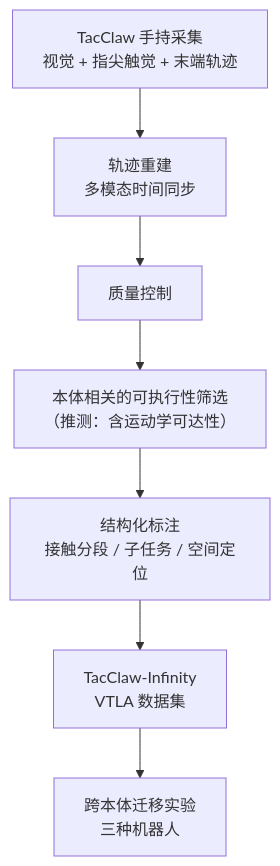
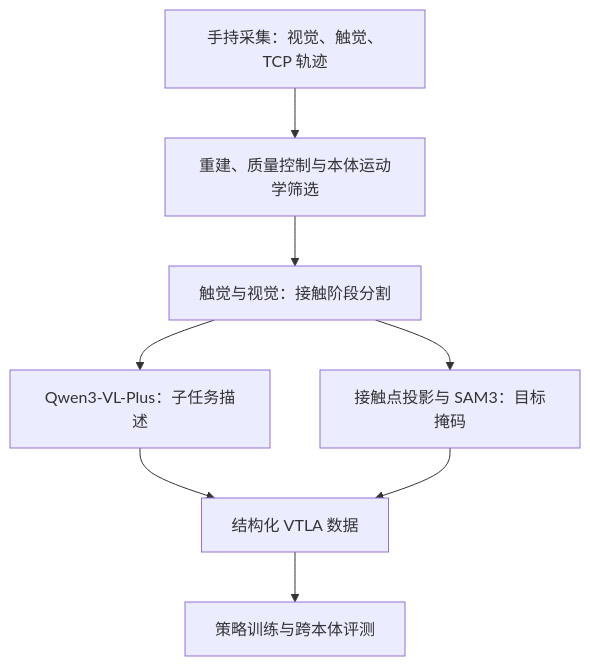
Before and after one commit to ImChong/Robotics_Notebooks: the first of 2 diagrams in wiki/entities/paper-tacclaw-infinity.md, drawn with Mermaid. The commit also changed other lines of this file, not shown here.

Commit message:
[2026-11-05] ingest | wiki/entities/paper-tacclaw-infinity.md — 补充论文实验与源码分析

````diff
--- a/wiki/entities/paper-tacclaw-infinity.md
+++ b/wiki/entities/paper-tacclaw-infinity.md
@@ -60,11 +62,14 @@
 ```mermaid
 flowchart TB
-  hand["TacClaw 手持采集<br/>视觉 + 指尖触觉 + 末端轨迹"]
-  recon["轨迹重建<br/>多模态时间同步"]
-  qc["质量控制"]
-  exe["本体相关的可执行性筛选<br/>（推测：含运动学可达性）"]
-  ann["结构化标注<br/>接触分段 / 子任务 / 空间定位"]
-  ds["TacClaw-Infinity<br/>VTLA 数据集"]
-  xemb["跨本体迁移实验<br/>三种机器人"]
-  hand --> recon --> qc --> exe --> ann --> ds --> xemb
+  collect["手持采集：视觉、触觉、TCP 轨迹"]
+  curate["重建、质量控制与本体运动学筛选"]
+  temporal["触觉与视觉：接触阶段分割"]
+  semantic["Qwen3-VL-Plus：子任务描述"]
+  spatial["接触点投影与 SAM3：目标掩码"]
+  dataset["结构化 VTLA 数据"]
+  policy["策略训练与跨本体评测"]
+  collect --> curate --> temporal
+  temporal --> semantic --> dataset
+  temporal --> spatial --> dataset
+  dataset --> policy
 ```
````
